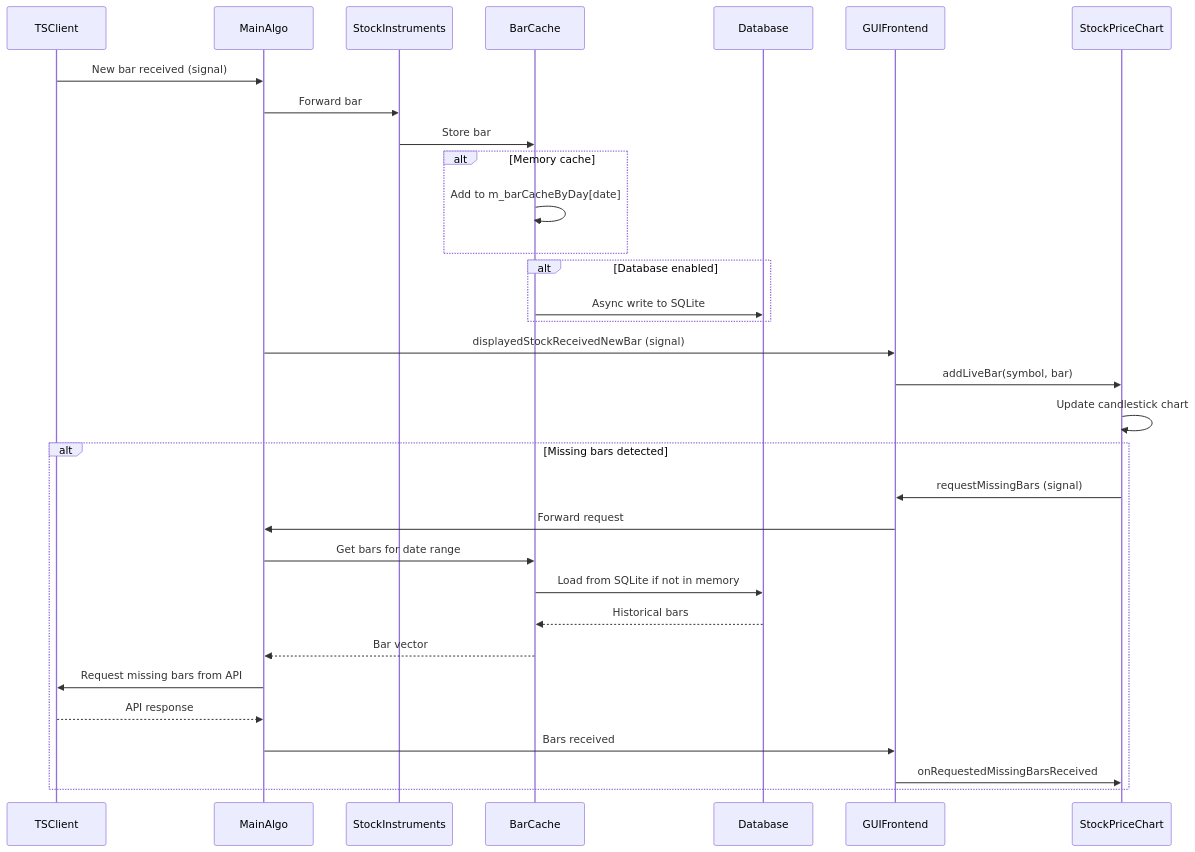
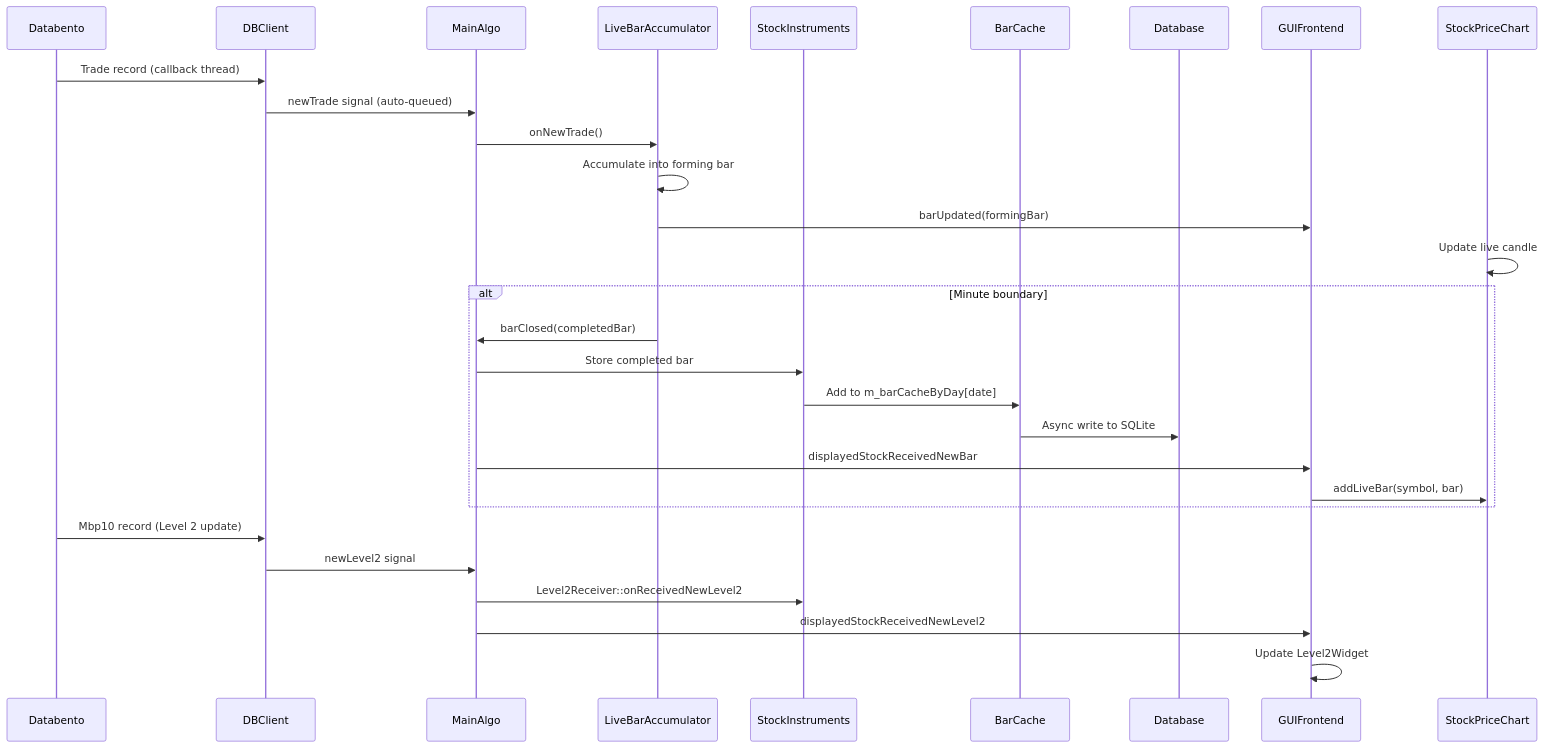
The third of 6 diagrams in Doc/ARCHITECTURE.md (simonbeaudoin0935/OpenTraderPlatform), drawn with Mermaid before and after one commit. The commit also changed other lines of this file and 8 other files, not shown here.

````diff
--- a/Doc/ARCHITECTURE.md
+++ b/Doc/ARCHITECTURE.md
@@ -485,39 +503,34 @@
 ```mermaid
 sequenceDiagram
-    participant TSClient
+    participant Databento
+    participant DBClient
     participant MainAlgo
+    participant LiveBarAccumulator
     participant StockInstruments
     participant BarCache
     participant Database
     participant GUIFrontend
     participant StockPriceChart
 
-    TSClient->>MainAlgo: New bar received (signal)
-    MainAlgo->>StockInstruments: Forward bar
-    StockInstruments->>BarCache: Store bar
-    
-    alt Memory cache
-        BarCache->>BarCache: Add to m_barCacheByDay[date]
+    Databento->>DBClient: Trade record (callback thread)
+    DBClient->>MainAlgo: newTrade signal (auto-queued)
+    MainAlgo->>LiveBarAccumulator: onNewTrade()
+    LiveBarAccumulator->>LiveBarAccumulator: Accumulate into forming bar
+    LiveBarAccumulator->>GUIFrontend: barUpdated(formingBar)
+    StockPriceChart->>StockPriceChart: Update live candle
+
+    alt Minute boundary
+        LiveBarAccumulator->>MainAlgo: barClosed(completedBar)
+        MainAlgo->>StockInstruments: Store completed bar
+        StockInstruments->>BarCache: Add to m_barCacheByDay[date]
+        BarCache->>Database: Async write to SQLite
+        MainAlgo->>GUIFrontend: displayedStockReceivedNewBar
+        GUIFrontend->>StockPriceChart: addLiveBar(symbol, bar)
     end
-    
-    alt Database enabled
-        BarCache->>Database: Async write to SQLite
-    end
-    
-    MainAlgo->>GUIFrontend: displayedStockReceivedNewBar (signal)
-    GUIFrontend->>StockPriceChart: addLiveBar(symbol, bar)
-    StockPriceChart->>StockPriceChart: Update candlestick chart
-    
-    alt Missing bars detected
-        StockPriceChart->>GUIFrontend: requestMissingBars (signal)
-        GUIFrontend->>MainAlgo: Forward request
-        MainAlgo->>BarCache: Get bars for date range
-        BarCache->>Database: Load from SQLite if not in memory
-        Database-->>BarCache: Historical bars
-        BarCache-->>MainAlgo: Bar vector
-        MainAlgo->>TSClient: Request missing bars from API
-        TSClient-->>MainAlgo: API response
-        MainAlgo->>GUIFrontend: Bars received
-        GUIFrontend->>StockPriceChart: onRequestedMissingBarsReceived
-    end
+
+    Databento->>DBClient: Mbp10 record (Level 2 update)
+    DBClient->>MainAlgo: newLevel2 signal
+    MainAlgo->>StockInstruments: Level2Receiver::onReceivedNewLevel2
+    MainAlgo->>GUIFrontend: displayedStockReceivedNewLevel2
+    GUIFrontend->>GUIFrontend: Update Level2Widget
 ```
````
